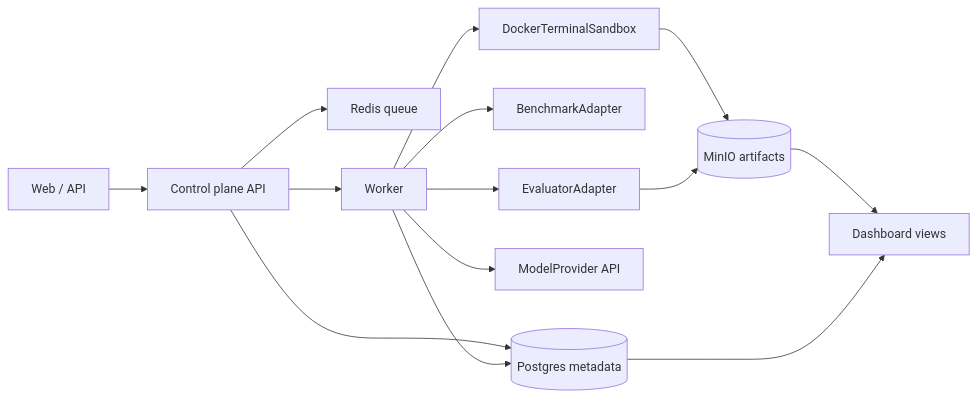
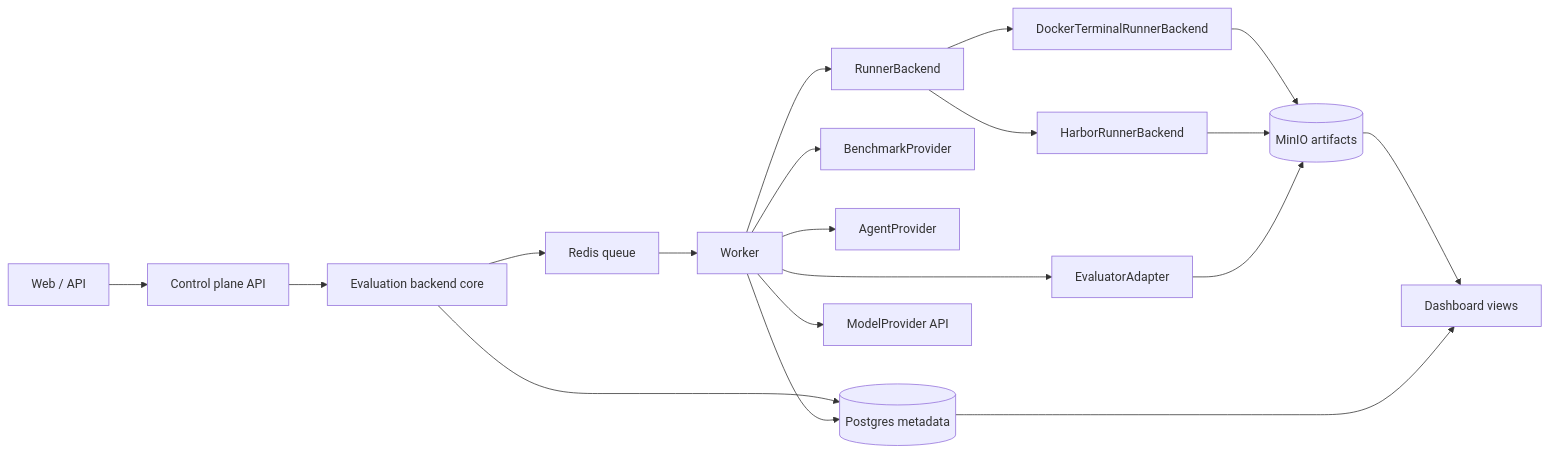
One commit to qianyi-sun/loom changed the third of 3 diagrams in README.md. Above: the diagram before and after it, drawn with Mermaid. The commit also changed other lines of this file, not shown here.

First line of the commit message:
Document Harbor integration roadmap (#69)

````diff
--- a/README.md
+++ b/README.md
@@ -78,16 +90,21 @@
 ```mermaid
 flowchart LR
     UI["Web / API"] --> API["Control plane API"]
-    API --> DB[("Postgres metadata")]
-    API --> Queue["Redis queue"]
-    API --> Worker["Worker"]
-    Worker --> Benchmark["BenchmarkAdapter"]
-    Worker --> Sandbox["DockerTerminalSandbox"]
+    API --> Core["Evaluation backend core"]
+    Core --> DB[("Postgres metadata")]
+    Core --> Queue["Redis queue"]
+    Queue --> Worker["Worker"]
+    Worker --> Benchmark["BenchmarkProvider"]
+    Worker --> Agent["AgentProvider"]
+    Worker --> Runner["RunnerBackend"]
     Worker --> Model["ModelProvider API"]
     Worker --> Eval["EvaluatorAdapter"]
+    Runner --> Sandbox["DockerTerminalRunnerBackend"]
+    Runner --> Harbor["HarborRunnerBackend"]
     Sandbox --> Store[("MinIO artifacts")]
+    Harbor --> Store
     Eval --> Store
     Worker --> DB
     Store --> Dashboard["Dashboard views"]
     DB --> Dashboard
 ```
````
